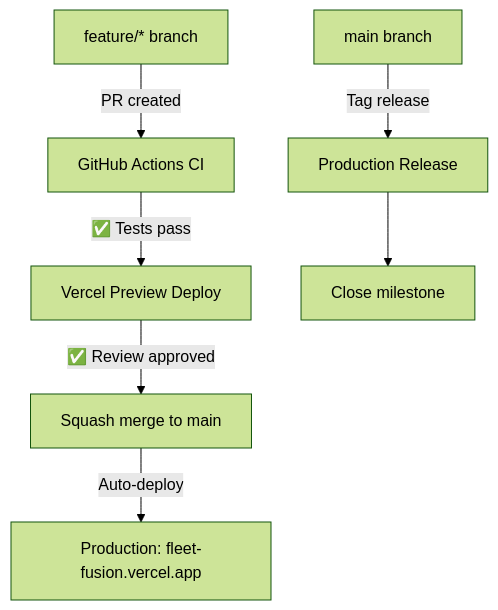
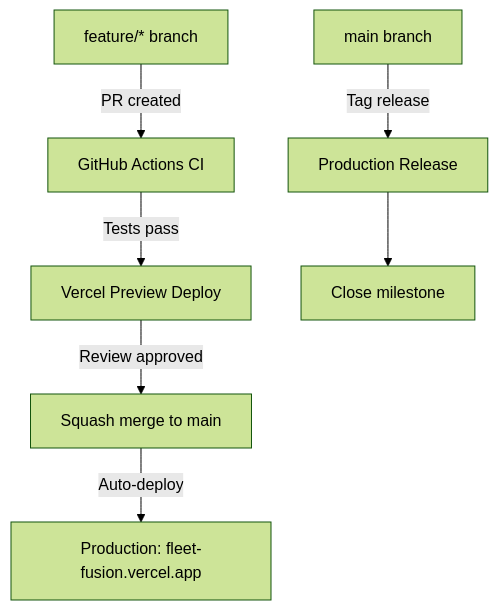
One commit to DigitalHerencia/fleet-fussion-multi-tenant-trucking-saas changed the second of 2 diagrams in .codex/agents.md. Above: the diagram before and after it, drawn with Mermaid (forest theme). The commit also changed other lines of this file, not shown here.

````diff
--- a/.codex/agents.md
+++ b/.codex/agents.md
@@ -98,10 +91,9 @@
 ```mermaid
 graph TD
   A[feature/* branch] -->|PR created| B[GitHub Actions CI]
-  B -->|✅ Tests pass| C[Vercel Preview Deploy]
-  C -->|✅ Review approved| D[Squash merge to main]
+  B -->|Tests pass| C[Vercel Preview Deploy]
+  C -->|Review approved| D[Squash merge to main]
   D -->|Auto-deploy| E[Production: fleet-fusion.vercel.app]
-
   F[main branch] -->|Tag release| G[Production Release]
   G --> H[Close milestone]
 ```
````
